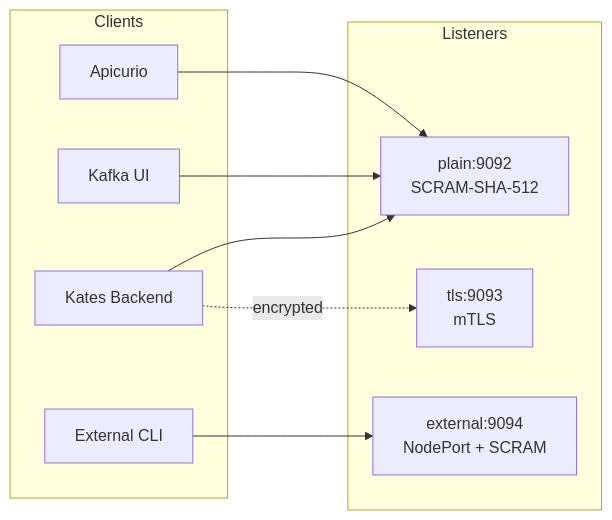
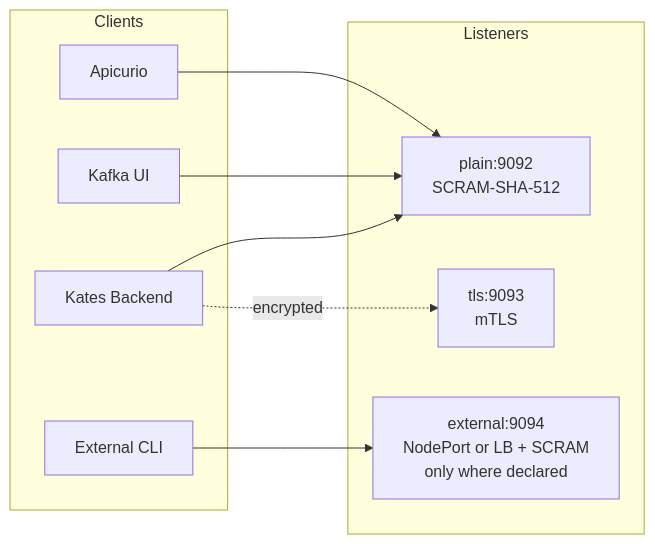
One commit to actions-marketplace-validations/bmscomp_kates changed the third of 6 diagrams in docs/book/15-kafka-deployment.md. Above: the diagram before and after it, drawn with Mermaid. The commit also changed other lines of this file and 7 other files, not shown here.

````diff
--- a/docs/book/15-kafka-deployment.md
+++ b/docs/book/15-kafka-deployment.md
@@ -261,21 +261,21 @@
 ```mermaid
 graph LR
     subgraph Clients
         Kates[Kates Backend]
         KUI[Kafka UI]
         Apicurio[Apicurio]
         External[External CLI]
     end
 
     subgraph Listeners
         P["plain:9092<br/>SCRAM-SHA-512"]
         T["tls:9093<br/>mTLS"]
-        E["external:9094<br/>NodePort + SCRAM"]
+        E["external:9094<br/>NodePort or LB + SCRAM<br/>only where declared"]
     end
 
     Kates --> P
     KUI --> P
     Apicurio --> P
     External --> E
     Kates -.->|"encrypted"| T
 ```
````
